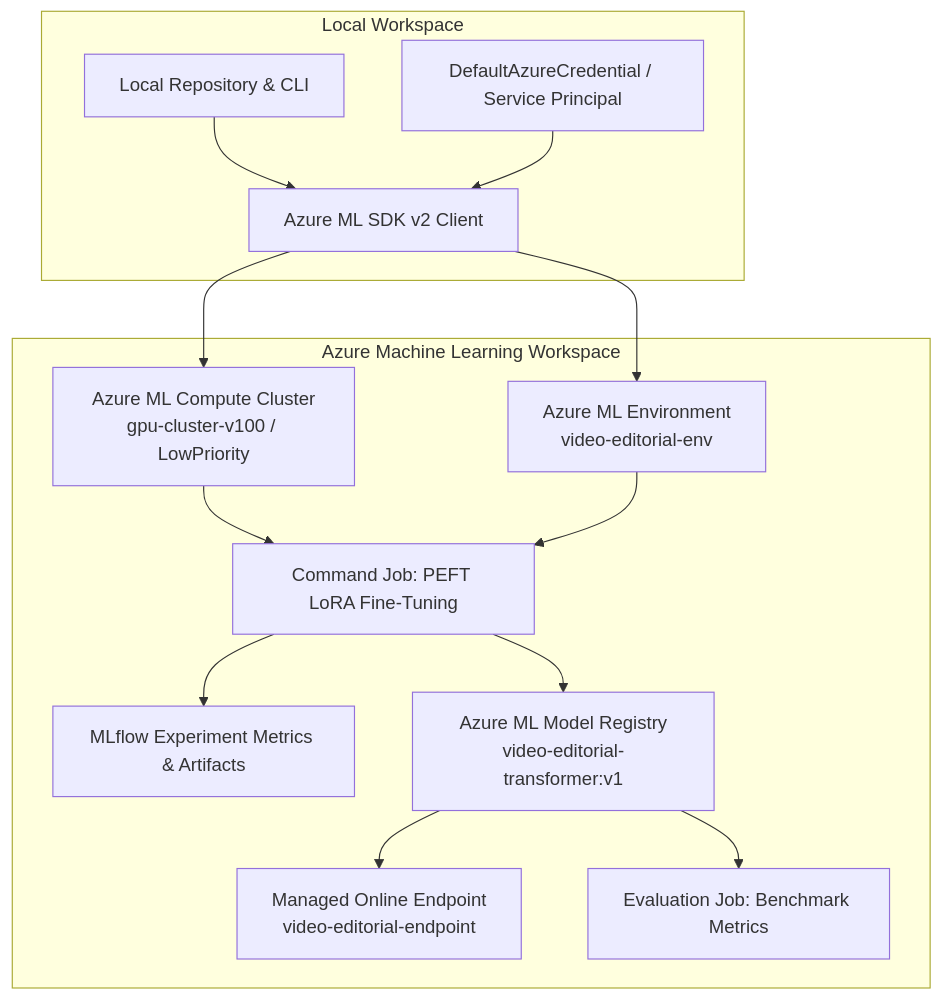
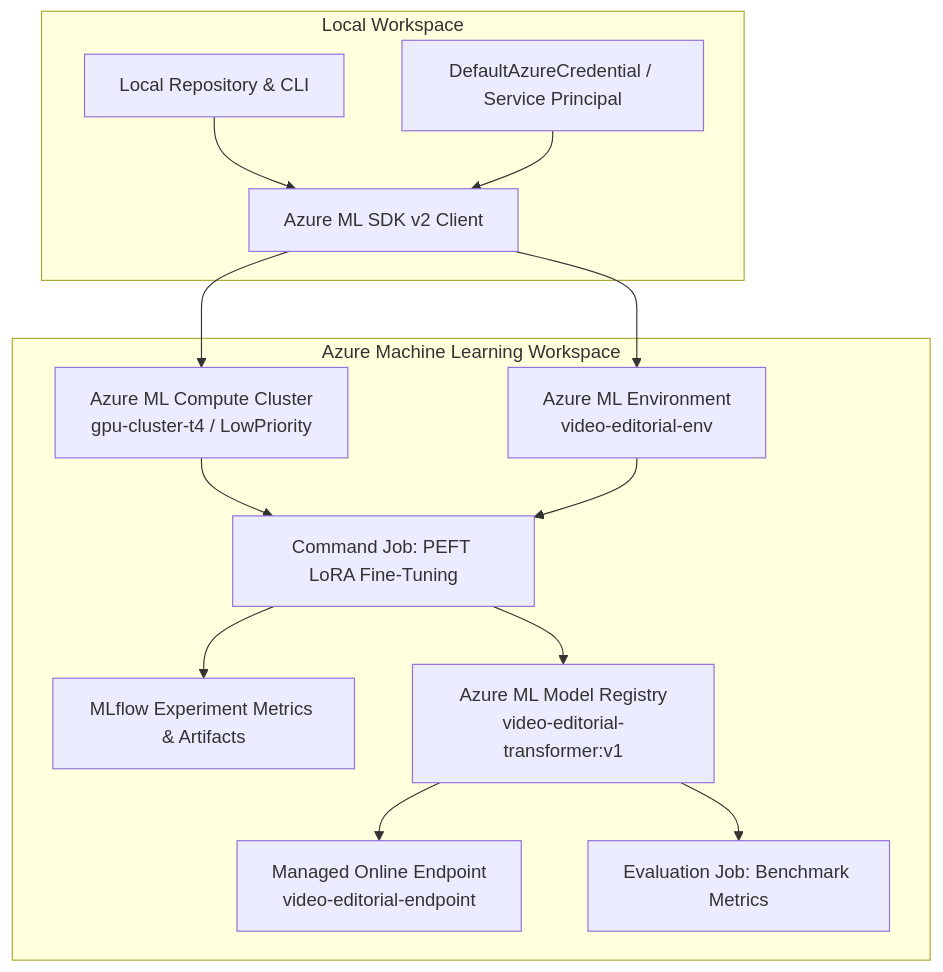
Before and after one commit to Nabilhassan12345/video-editorial-intelligence: the diagram in azure/ml/README.md, drawn with Mermaid. The commit also changed other lines of this file and 17 other files, not shown here.

````diff
--- a/azure/ml/README.md
+++ b/azure/ml/README.md
@@ -11,21 +11,21 @@
 ```mermaid
 flowchart TD
     subgraph Local Workspace
         A[Local Repository & CLI] --> B[Azure ML SDK v2 Client]
         C[DefaultAzureCredential / Service Principal] --> B
     end
 
     subgraph Azure Machine Learning Workspace
-        B --> D[Azure ML Compute Cluster<br>gpu-cluster-v100 / LowPriority]
+        B --> D[Azure ML Compute Cluster<br>gpu-cluster-t4 / LowPriority]
         B --> E[Azure ML Environment<br>video-editorial-env]
         
         D --> F[Command Job: PEFT LoRA Fine-Tuning]
         E --> F
         
         F --> G[MLflow Experiment Metrics & Artifacts]
         F --> H[Azure ML Model Registry<br>video-editorial-transformer:v1]
         
         H --> I[Managed Online Endpoint<br>video-editorial-endpoint]
         H --> J[Evaluation Job: Benchmark Metrics]
     end
 ```
````
